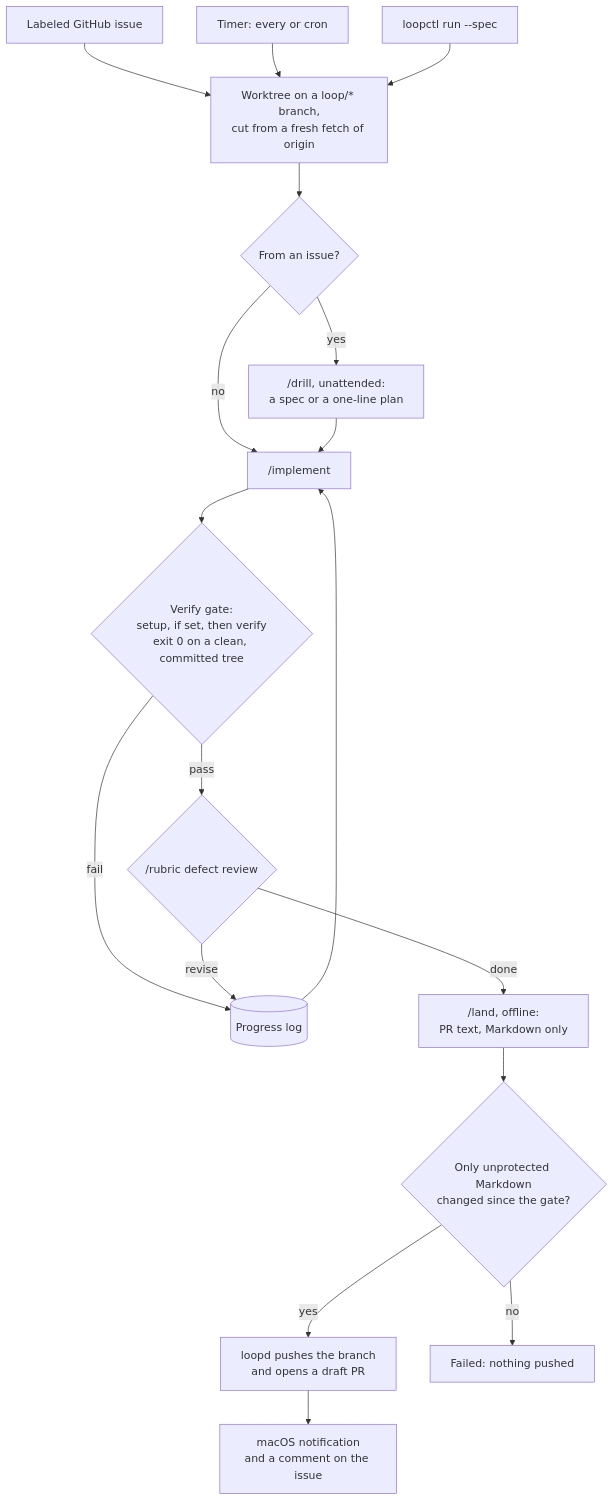
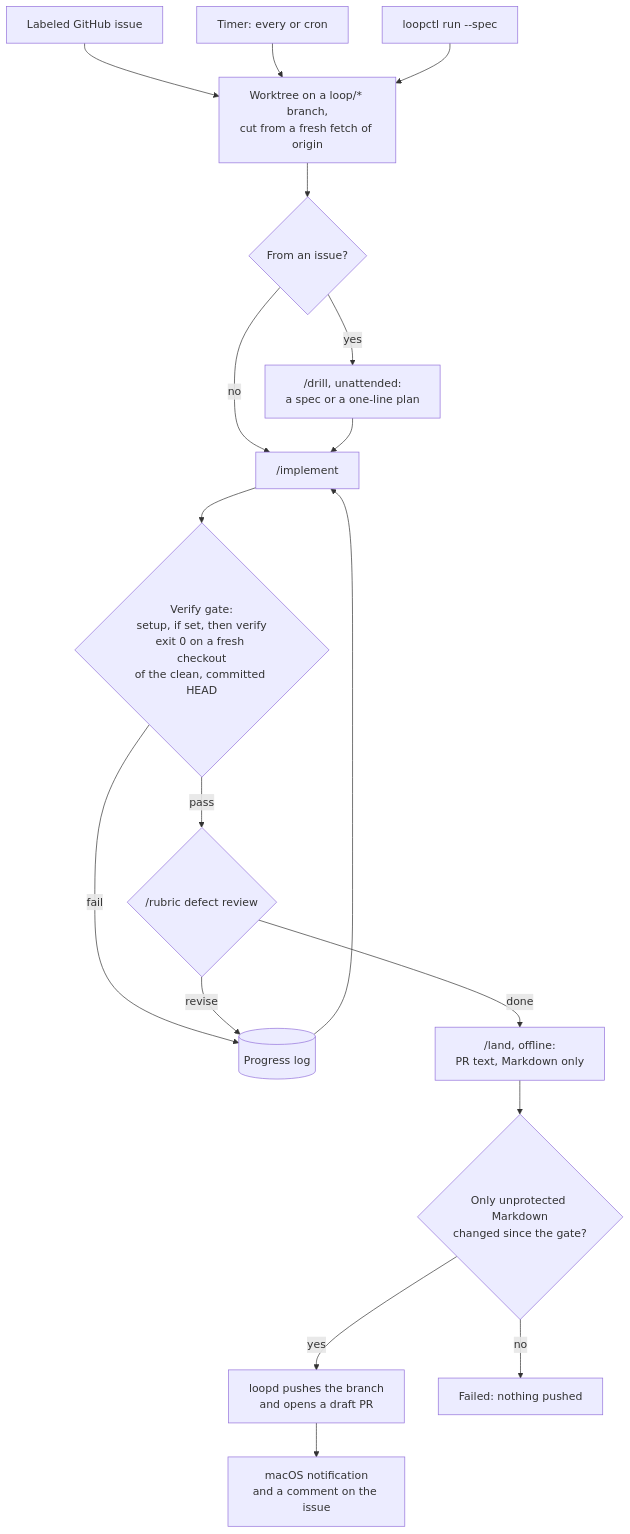
The first of 2 diagrams in README.md (yeremi777/loopgate), drawn with Mermaid before and after one commit. The commit also changed other lines of this file and 28 other files, not shown here.

Commit message:
gate on a fresh checkout of the job's head and harden protected paths, handback, job order and the worktree folder check, so the last v0.1 release has no known gap

````diff
--- a/README.md
+++ b/README.md
@@ -22,20 +22,20 @@
 ```mermaid
 flowchart TD
     issue["Labeled GitHub issue"] --> wt
     timer["Timer: every or cron"] --> wt
     manual["loopctl run --spec"] --> wt
     wt["Worktree on a loop/* branch,<br/>cut from a fresh fetch of origin"] --> kind{"From an issue?"}
     kind -- yes --> drill["/drill, unattended:<br/>a spec or a one-line plan"]
     kind -- no --> impl
     drill --> impl["/implement"]
-    impl --> gate{"Verify gate:<br/>setup, if set, then verify<br/>exit 0 on a clean, committed tree"}
+    impl --> gate{"Verify gate:<br/>setup, if set, then verify<br/>exit 0 on a fresh checkout<br/>of the clean, committed HEAD"}
     gate -- fail --> log[("Progress log")]
     log --> impl
     gate -- pass --> rubric{"/rubric defect review"}
     rubric -- revise --> log
     rubric -- done --> land["/land, offline:<br/>PR text, Markdown only"]
     land --> ship{"Only unprotected Markdown<br/>changed since the gate?"}
     ship -- yes --> pr["loopd pushes the branch<br/>and opens a draft PR"]
     ship -- no --> failed["Failed: nothing pushed"]
     pr --> tell["macOS notification<br/>and a comment on the issue"]
 ```
````
